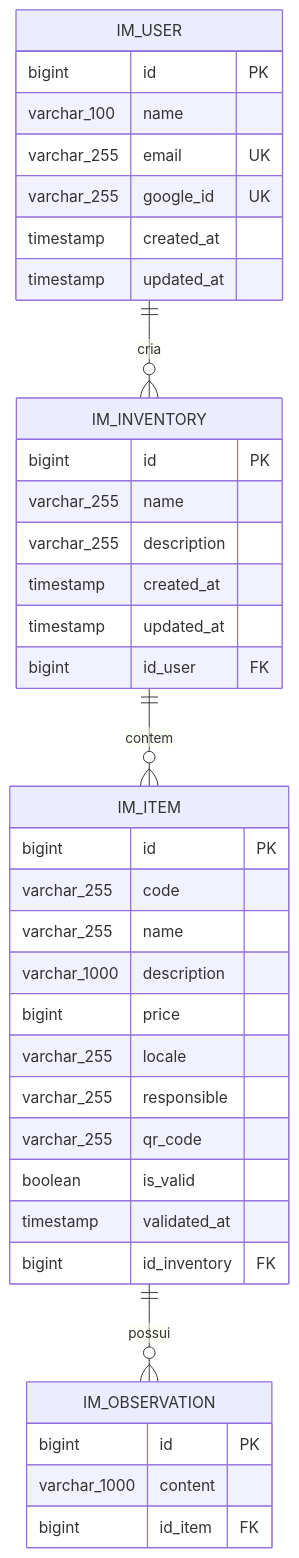
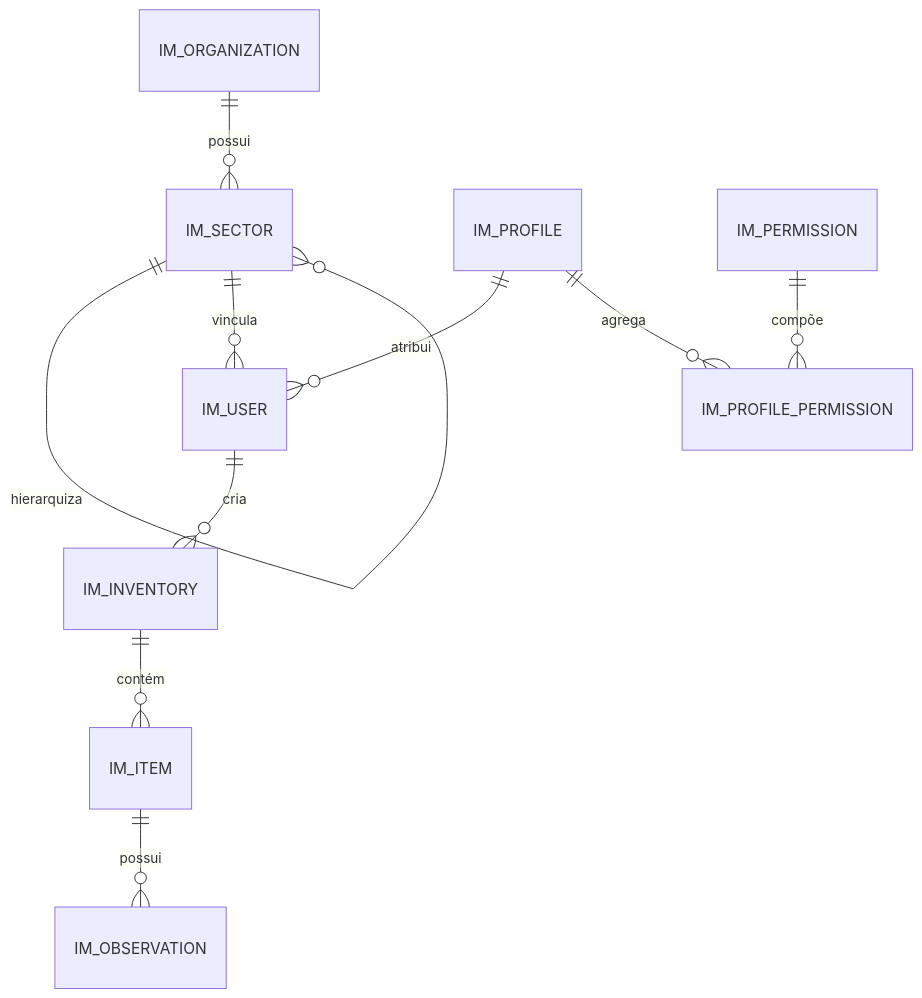
One commit to ifpebj-ti/inventario-patrimonio-cces changed the diagram in docs/wiki/Documento-de-Modelagem-de-Dados.md. Above: the diagram before and after it, drawn with Mermaid. The commit also changed other lines of this file and 5 other files, not shown here.

````diff
--- a/docs/wiki/Documento-de-Modelagem-de-Dados.md
+++ b/docs/wiki/Documento-de-Modelagem-de-Dados.md
@@ -22,44 +9,12 @@
 ```mermaid
 erDiagram
+    IM_ORGANIZATION ||--o{ IM_SECTOR : possui
+    IM_SECTOR ||--o{ IM_SECTOR : hierarquiza
+    IM_SECTOR ||--o{ IM_USER : vincula
+    IM_PROFILE ||--o{ IM_USER : atribui
+    IM_PROFILE ||--o{ IM_PROFILE_PERMISSION : agrega
+    IM_PERMISSION ||--o{ IM_PROFILE_PERMISSION : compõe
     IM_USER ||--o{ IM_INVENTORY : cria
-    IM_INVENTORY ||--o{ IM_ITEM : contem
+    IM_INVENTORY ||--o{ IM_ITEM : contém
     IM_ITEM ||--o{ IM_OBSERVATION : possui
-
-    IM_USER {
-        bigint id PK
-        varchar_100 name
-        varchar_255 email UK
-        varchar_255 google_id UK
-        timestamp created_at
-        timestamp updated_at
-    }
-
-    IM_INVENTORY {
-        bigint id PK
-        varchar_255 name
-        varchar_255 description
-        timestamp created_at
-        timestamp updated_at
-        bigint id_user FK
-    }
-
-    IM_ITEM {
-        bigint id PK
-        varchar_255 code
-        varchar_255 name
-        varchar_1000 description
-        bigint price
-        varchar_255 locale
-        varchar_255 responsible
-        varchar_255 qr_code
-        boolean is_valid
-        timestamp validated_at
-        bigint id_inventory FK
-    }
-
-    IM_OBSERVATION {
-        bigint id PK
-        varchar_1000 content
-        bigint id_item FK
-    }
 ```
````
